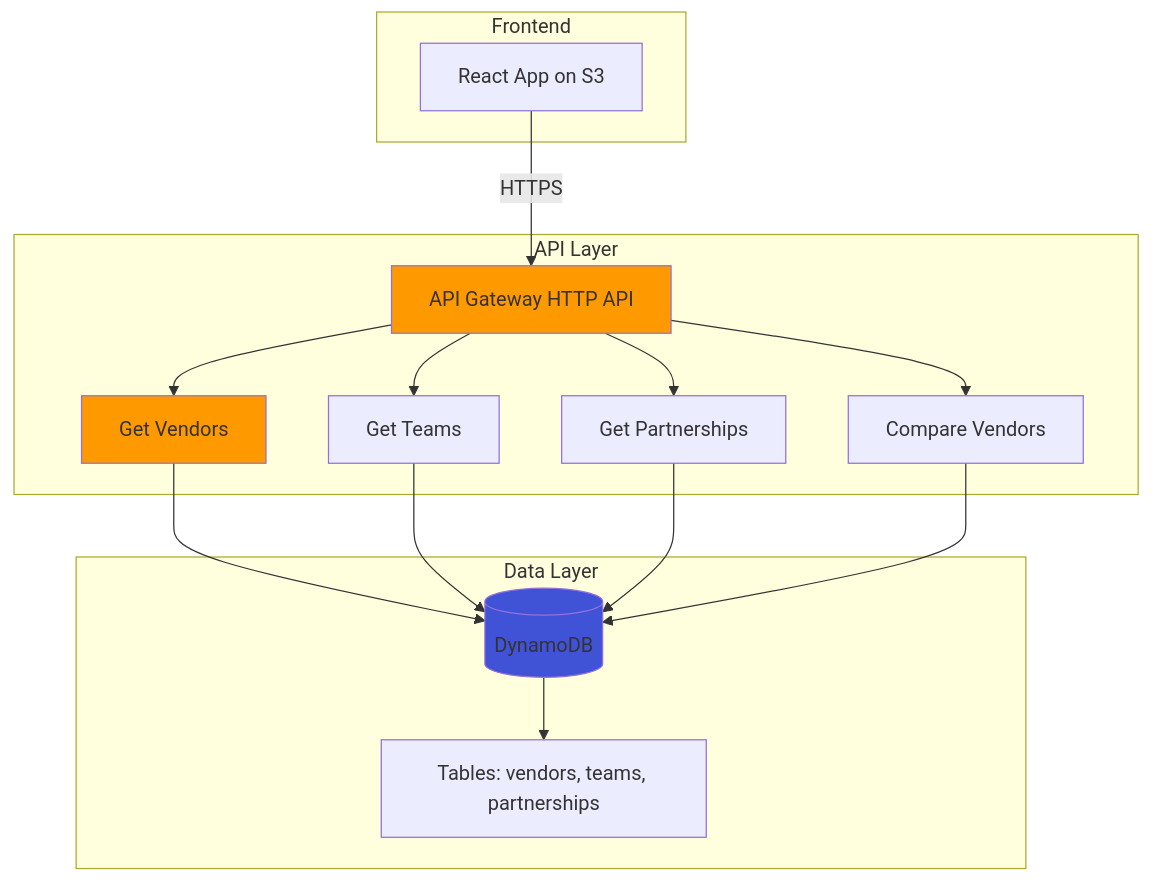
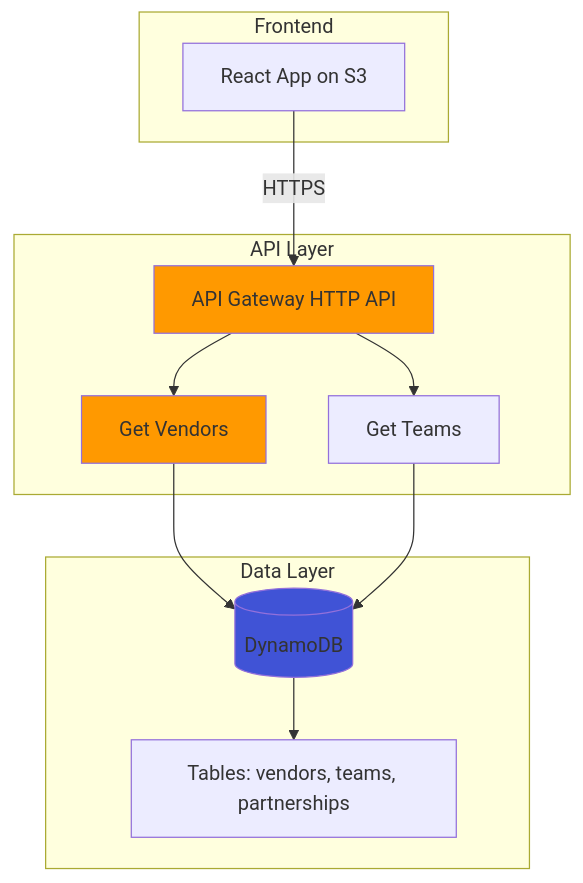
Before and after one commit to Mia1Dimit/EuroleagueTech-Platform: the third of 8 diagrams in docs/ARCHITECTURE.md, drawn with Mermaid. The commit also changed other lines of this file and 5 other files, not shown here.

````diff
--- a/docs/ARCHITECTURE.md
+++ b/docs/ARCHITECTURE.md
@@ -125,36 +116,29 @@
 ```mermaid
 graph TB
     subgraph "Frontend"
         React[React App on S3]
     end
     
     subgraph "API Layer"
         APIGW[API Gateway HTTP API]
         Lambda1[Get Vendors]
         Lambda2[Get Teams]
-        Lambda3[Get Partnerships]
-        Lambda4[Compare Vendors]
     end
     
     subgraph "Data Layer"
         DDB[(DynamoDB)]
         Tables[Tables: vendors, teams, partnerships]
     end
     
     React -->|HTTPS| APIGW
     APIGW --> Lambda1
     APIGW --> Lambda2
-    APIGW --> Lambda3
-    APIGW --> Lambda4
-    
     Lambda1 --> DDB
     Lambda2 --> DDB
-    Lambda3 --> DDB
-    Lambda4 --> DDB
     
     DDB --> Tables
     
     style APIGW fill:#FF9900
     style Lambda1 fill:#FF9900
     style DDB fill:#4053D6
 ```
````
